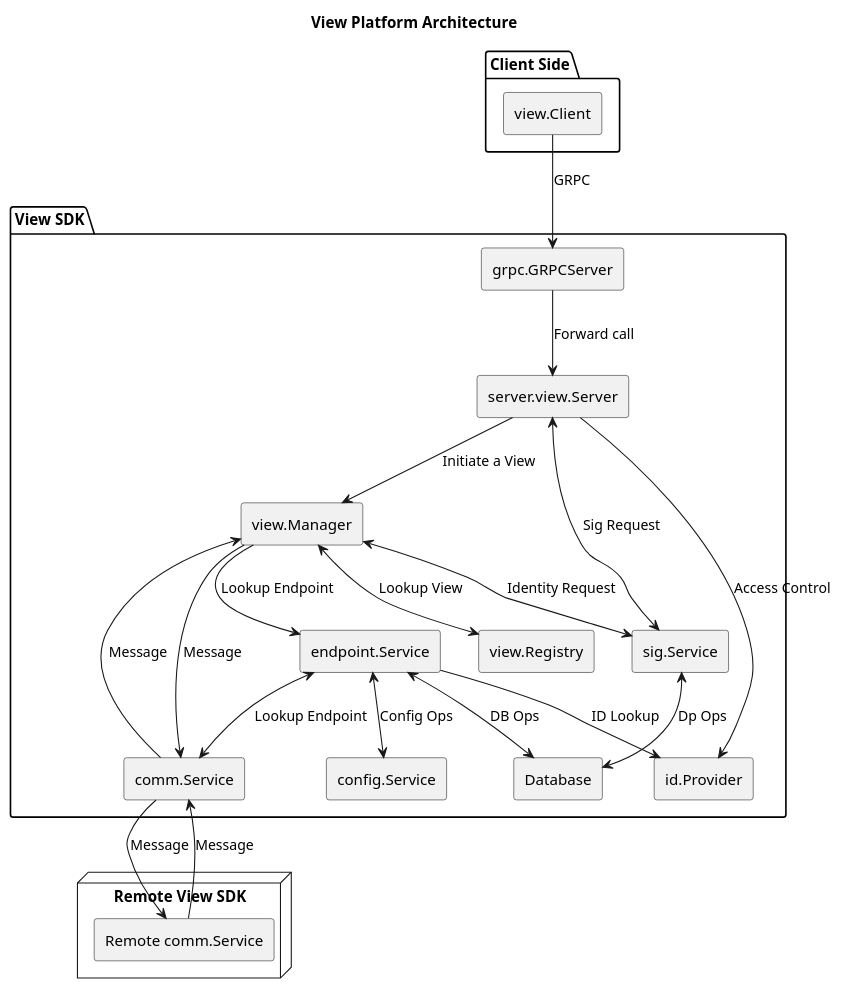
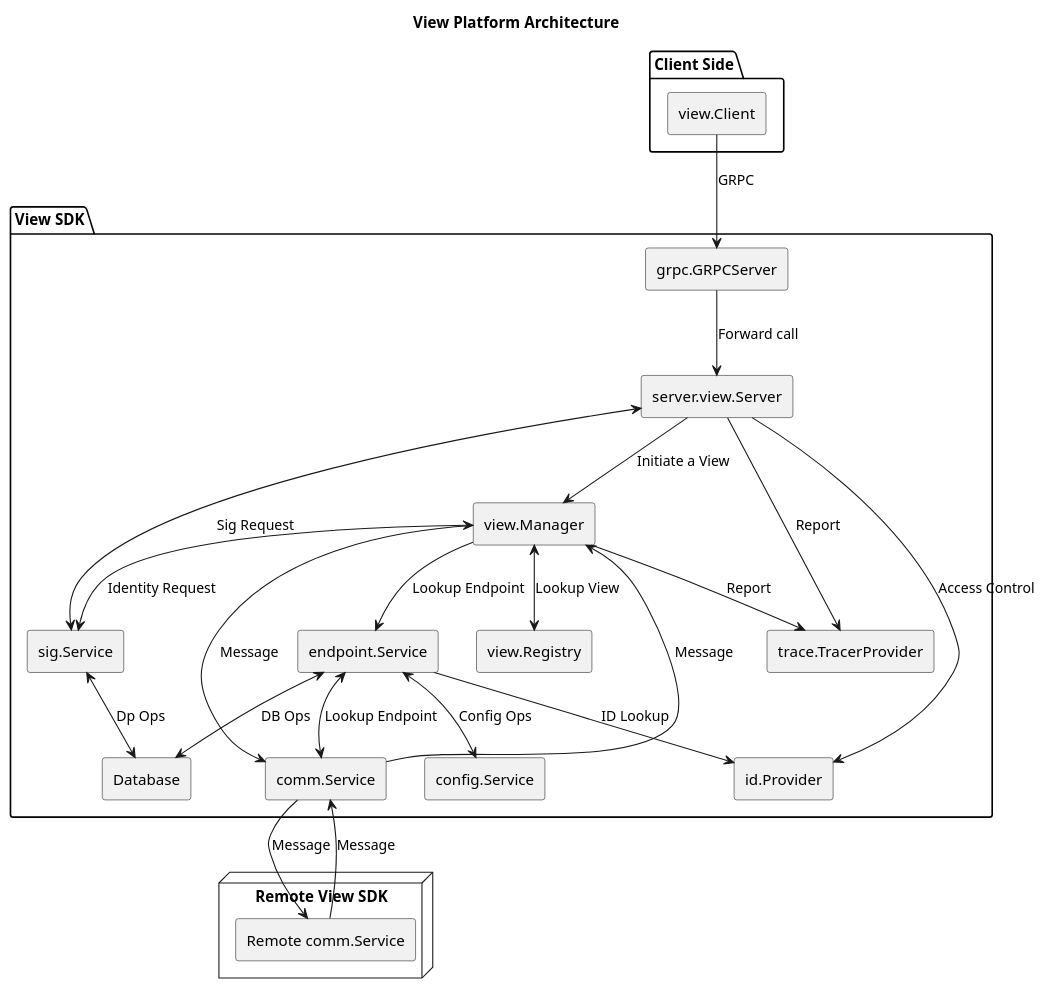
Before and after one commit to hyperledger-labs/fabric-smart-client: the diagram in docs/platform/view/uml/architecture.puml, drawn with PlantUML. The commit also changed 20 other files, not shown here.

```diff
--- a/docs/platform/view/uml/architecture.puml
+++ b/docs/platform/view/uml/architecture.puml
@@ -1,40 +1,42 @@
 @startuml
 skinparam componentStyle rectangle
 
 title View Platform Architecture
 
 package "Client Side" {
   [view.Client]
 }
 
 package "View SDK" {
   [view.Client] --> [grpc.GRPCServer] : GRPC
   [grpc.GRPCServer] --> [server.view.Server] : Forward call
 
   [server.view.Server] <--> [sig.Service] : Sig Request
   [server.view.Server] --> [view.Manager] : Initiate a View
   [server.view.Server] --> [id.Provider] : Access Control
+  [server.view.Server] --> [trace.TracerProvider] : Report
 
   [view.Manager] <--> [view.Registry] : Lookup View
   [view.Manager] --> [comm.Service] : Message
   [view.Manager] --> [endpoint.Service] : Lookup Endpoint
   [view.Manager] <--> [sig.Service] : Identity Request
+  [view.Manager] --> [trace.TracerProvider] : Report
 
   [comm.Service] --> [view.Manager] : Message
 
   [endpoint.Service] <--> [comm.Service] : Lookup Endpoint
   [endpoint.Service] <--> [Database]: DB Ops
   [endpoint.Service] <--> [config.Service]: Config Ops
   [endpoint.Service] --> [id.Provider] : ID Lookup
 
   [sig.Service] <--> [Database] : Dp Ops
 }
 
 node "Remote View SDK" {
   [Remote comm.Service]
 }
 
 [comm.Service] --> [Remote comm.Service] : Message
 [Remote comm.Service] --> [comm.Service] : Message
 
 @enduml
```
